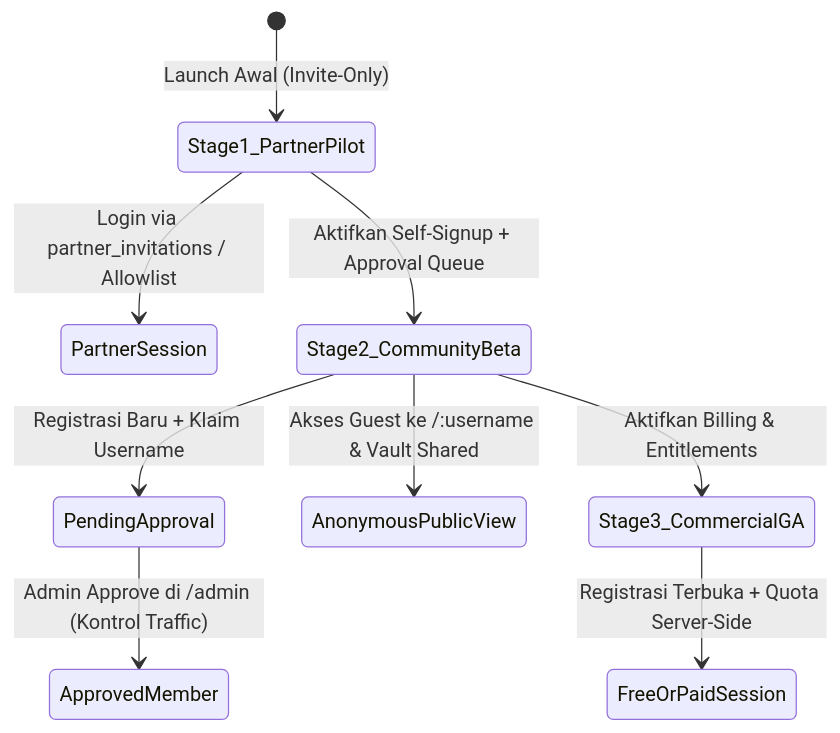
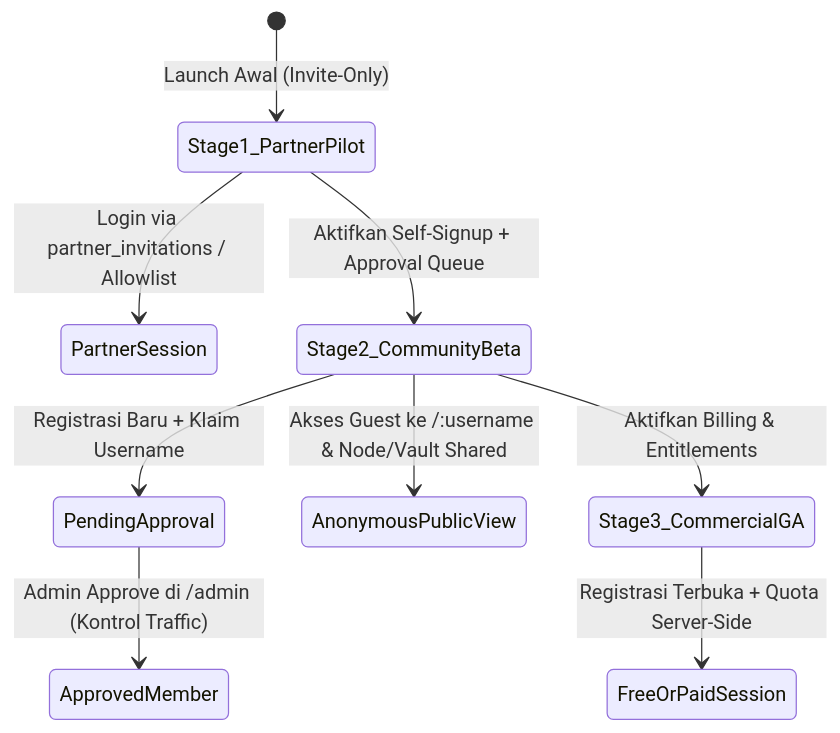
Before and after one commit to mjd-code/obmap-meed: the second of 3 diagrams in docs/00-meta/00-0-master-blueprint.md, drawn with Mermaid. The commit also changed other lines of this file and 48 other files, not shown here.

````diff
--- a/docs/00-meta/00-0-master-blueprint.md
+++ b/docs/00-meta/00-0-master-blueprint.md
@@ -106,11 +159,11 @@
 ```mermaid
 stateDiagram-v2
     [*] --> Stage1_PartnerPilot: Launch Awal (Invite-Only)
     Stage1_PartnerPilot --> PartnerSession: Login via partner_invitations / Allowlist
     Stage1_PartnerPilot --> Stage2_CommunityBeta: Aktifkan Self-Signup + Approval Queue
     Stage2_CommunityBeta --> PendingApproval: Registrasi Baru + Klaim Username
     PendingApproval --> ApprovedMember: Admin Approve di /admin (Kontrol Traffic)
-    Stage2_CommunityBeta --> AnonymousPublicView: Akses Guest ke /:username & Vault Shared
+    Stage2_CommunityBeta --> AnonymousPublicView: Akses Guest ke /:username & Node/Vault Shared
     Stage2_CommunityBeta --> Stage3_CommercialGA: Aktifkan Billing & Entitlements
     Stage3_CommercialGA --> FreeOrPaidSession: Registrasi Terbuka + Quota Server-Side
 ```
````
